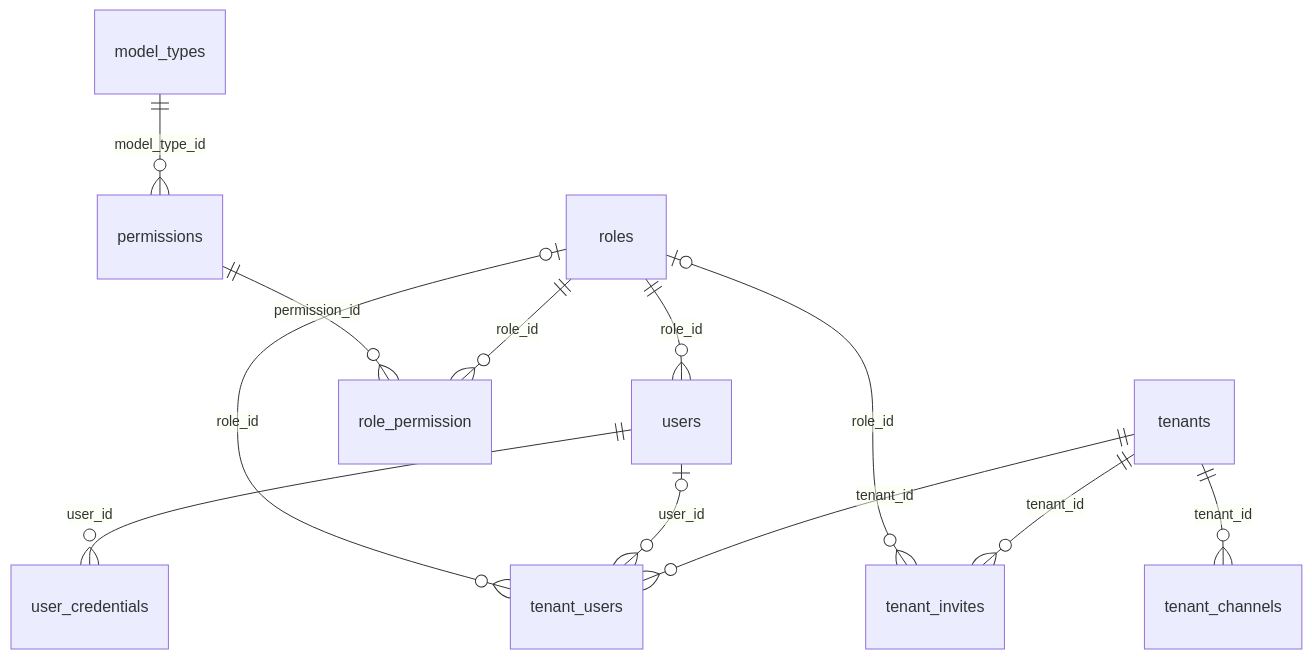
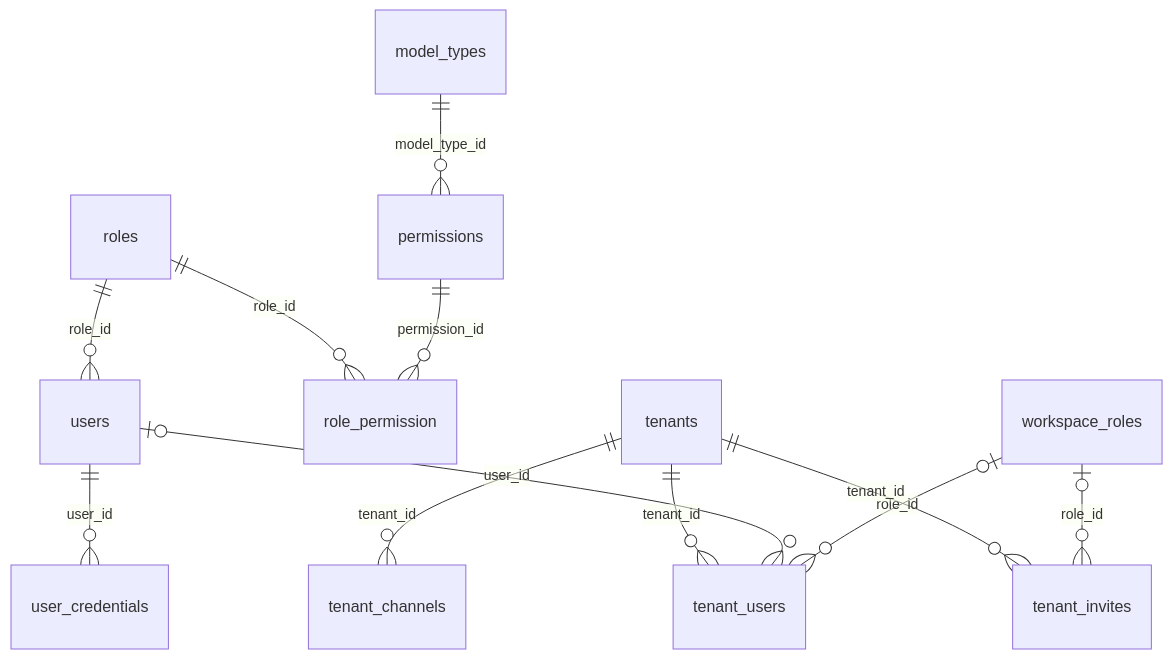
The first of 3 diagrams in docs/MODELS.md (Starck43/social-media-ai), drawn with Mermaid before and after one commit. The commit also changed other lines of this file and 211 other files, not shown here.

````diff
--- a/docs/MODELS.md
+++ b/docs/MODELS.md
@@ -242,14 +259,14 @@
 ```mermaid
 erDiagram
     roles ||--o{ users : role_id
     roles ||--o{ role_permission : role_id
     permissions ||--o{ role_permission : permission_id
     model_types ||--o{ permissions : model_type_id
     tenants ||--o{ tenant_users : tenant_id
     users o|--o{ tenant_users : user_id
-    roles o|--o{ tenant_users : role_id
+    workspace_roles o|--o{ tenant_users : role_id
     tenants ||--o{ tenant_invites : tenant_id
-    roles o|--o{ tenant_invites : role_id
+    workspace_roles o|--o{ tenant_invites : role_id
     tenants ||--o{ tenant_channels : tenant_id
     users ||--o{ user_credentials : user_id
 ```
````
